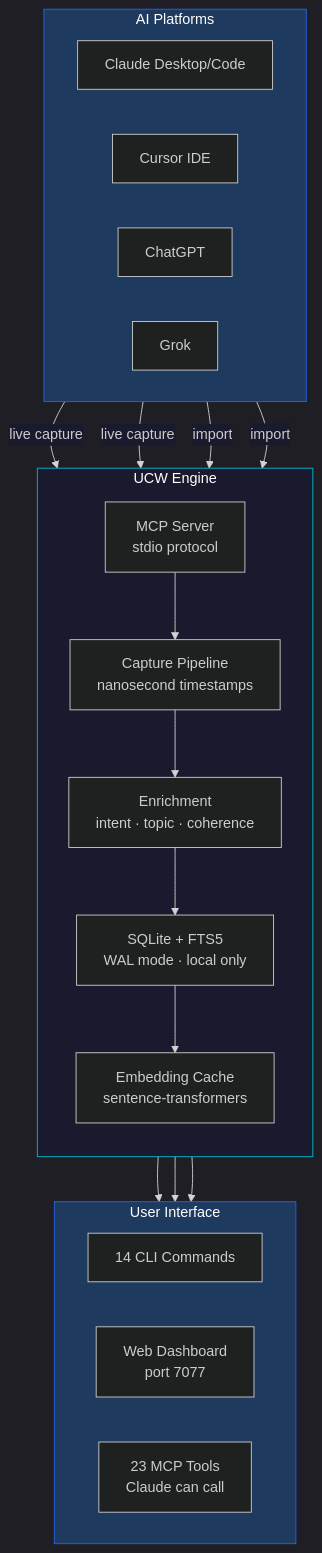
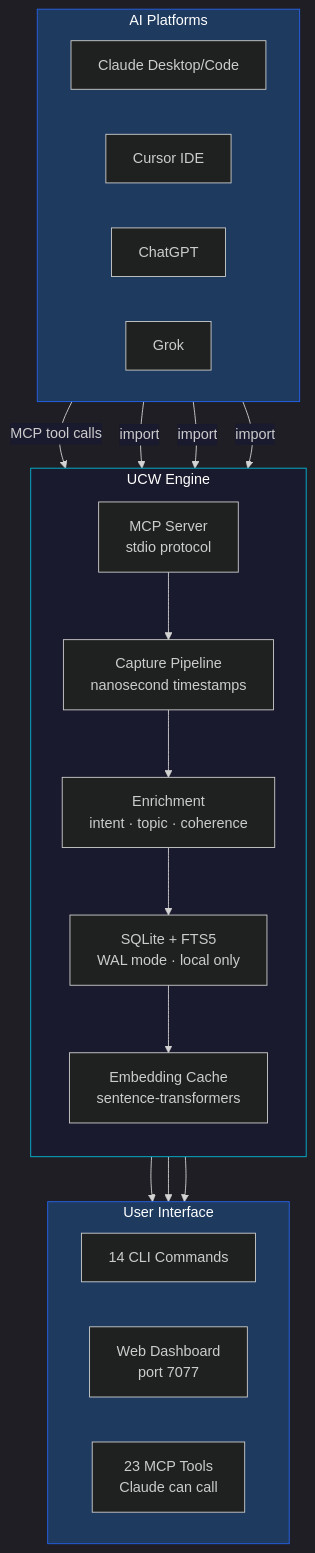
One commit to Dicoangelo/ucw changed the diagram in README.md. Above: the diagram before and after it, drawn with Mermaid. The commit also changed other lines of this file and 6 other files, not shown here.

````diff
--- a/README.md
+++ b/README.md
@@ -28,41 +33,41 @@
 ```mermaid
 %%{init: {'theme': 'dark', 'themeVariables': {'primaryColor': '#2563eb', 'edgeLabelBackground':'#1a1a2e', 'tertiaryColor': '#1a1a2e'}}}%%
 flowchart TB
     subgraph Platforms["AI Platforms"]
         direction LR
         Claude["Claude Desktop/Code"]
         Cursor["Cursor IDE"]
         ChatGPT["ChatGPT"]
         Grok["Grok"]
     end
 
     subgraph UCW["UCW Engine"]
         direction TB
         MCP["MCP Server<br/>stdio protocol"]
         Capture["Capture Pipeline<br/>nanosecond timestamps"]
         Enrich["Enrichment<br/>intent · topic · coherence"]
         DB["SQLite + FTS5<br/>WAL mode · local only"]
         Embed["Embedding Cache<br/>sentence-transformers"]
     end
 
     subgraph Interface["User Interface"]
         direction LR
         CLI["14 CLI Commands"]
         Web["Web Dashboard<br/>port 7077"]
         Tools["23 MCP Tools<br/>Claude can call"]
     end
 
-    Claude -->|live capture| MCP
-    Cursor -->|live capture| MCP
+    Claude -->|MCP tool calls| MCP
+    Cursor -->|import| DB
     ChatGPT -->|import| DB
     Grok -->|import| DB
     MCP --> Capture --> Enrich --> DB
     DB --> Embed
     DB --> CLI
     DB --> Web
     DB --> Tools
 
     style Platforms fill:#1e3a5f,stroke:#2563eb,color:#fff
     style UCW fill:#1a1a2e,stroke:#06b6d4,color:#fff
     style Interface fill:#1e3a5f,stroke:#2563eb,color:#fff
 ```
````
